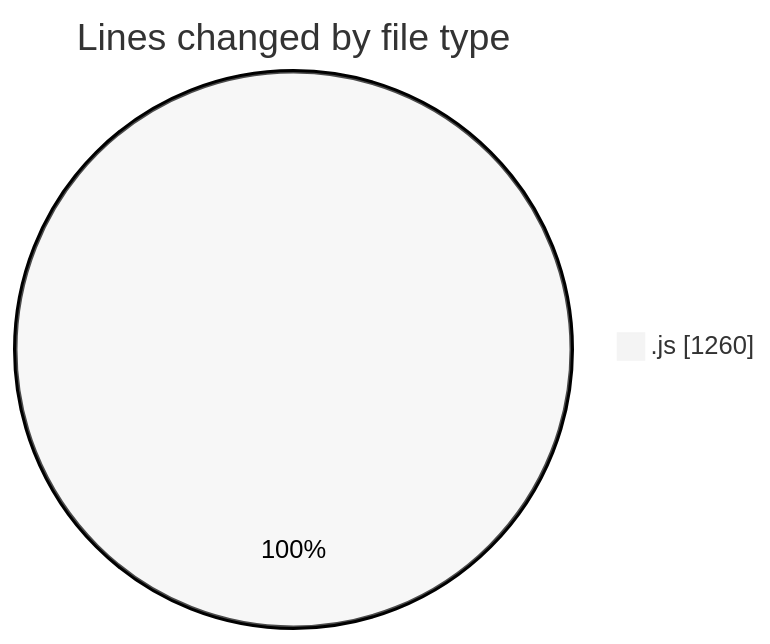
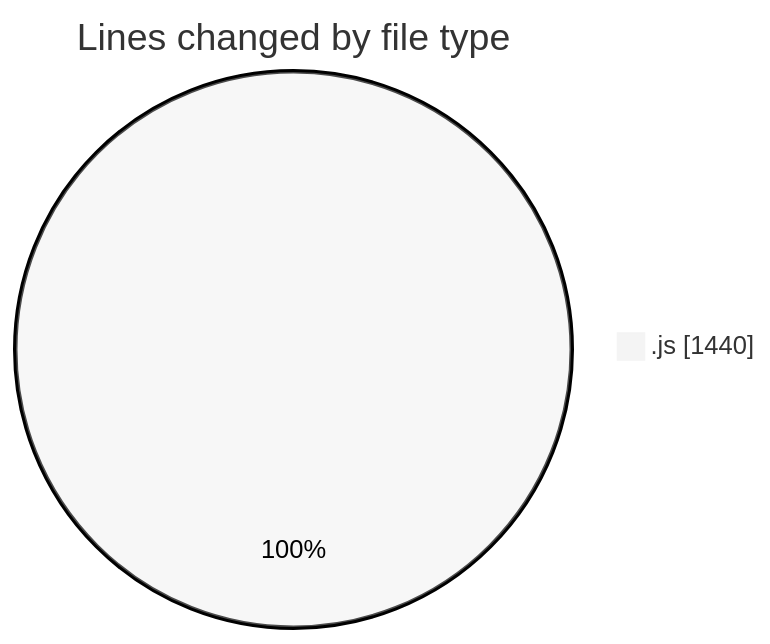
Before and after one commit to becaeroporto-bot/code-tracking: the first of 2 diagrams in 2026-02-20/bot_i_a/README.md, drawn with Mermaid (neutral theme). The commit also changed other lines of this file and 1 other file, not shown here.

````diff
--- a/2026-02-20/bot_i_a/README.md
+++ b/2026-02-20/bot_i_a/README.md
@@ -30,5 +31,5 @@
 ```mermaid
 pie showData
 title Lines changed by file type
-".js" : 1260
+".js" : 1440
 ```
````
